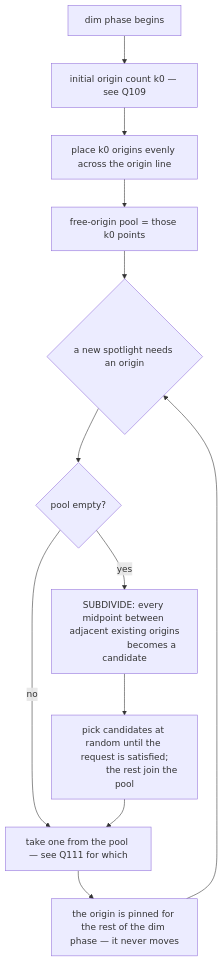
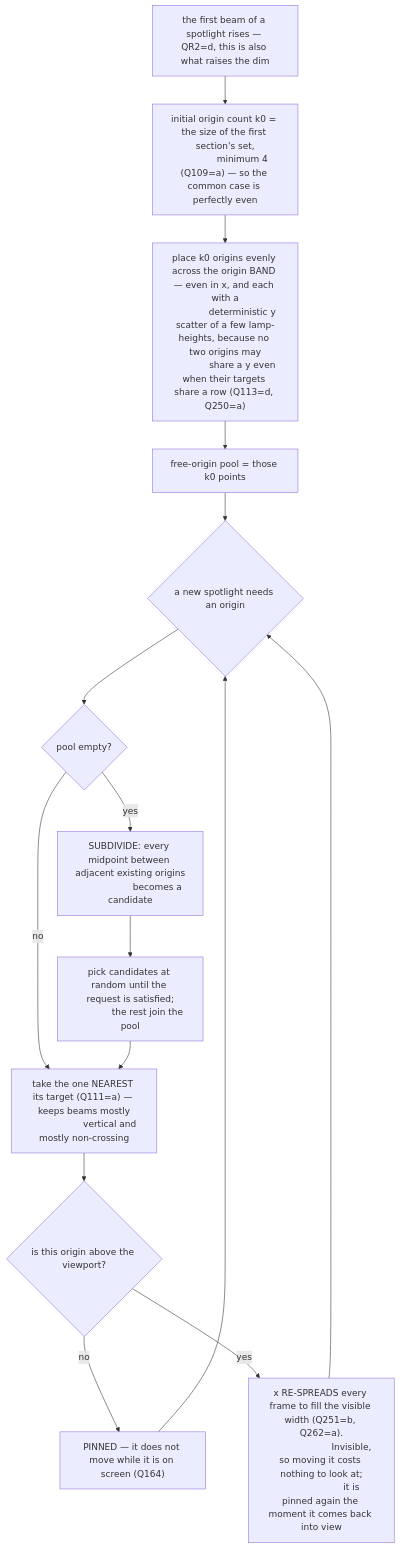
Before and after one commit to ucsdRgross/gamedev: the tenth of 19 diagrams in solatro/design/spotlight/DESIGN.md, drawn with Mermaid. The commit also changed other lines of this file and 25 other files, not shown here.

````diff
--- a/solatro/design/spotlight/DESIGN.md
+++ b/solatro/design/spotlight/DESIGN.md
@@ -724,16 +1055,25 @@
 ```mermaid
 flowchart TD
-  I1["dim phase begins"] --> I2["initial origin count k0 — see Q109"]
-  I2 --> I3["place k0 origins evenly across the origin line"]
+  I1["the first beam of a spotlight rises — QR2=d, this is also what raises the dim"] --> I2["initial origin count k0 = the size of the first section's set,
+             minimum 4 (Q109=a) — so the common case is perfectly even"]
+  I2 --> I3["place k0 origins evenly across the origin BAND — even in x, and each with a
+             deterministic y scatter of a few lamp-heights, because no two origins may
+             share a y even when their targets share a row (Q113=d, Q250=a)"]
   I3 --> I4["free-origin pool = those k0 points"]
   I4 --> I5{"a new spotlight needs an origin"}
   I5 --> I6{"pool empty?"}
-  I6 -- no --> I7["take one from the pool — see Q111 for which"]
+  I6 -- no --> I7["take the one NEAREST its target (Q111=a) — keeps beams mostly
+                   vertical and mostly non-crossing"]
   I6 -- yes --> I8["SUBDIVIDE: every midpoint between adjacent existing origins
                     becomes a candidate"]
   I8 --> I9["pick candidates at random until the request is satisfied;
              the rest join the pool"]
   I9 --> I7
-  I7 --> I10["the origin is pinned for the rest of the dim phase — it never moves"]
-  I10 --> I5
+  I7 --> I10{"is this origin above the viewport?"}
+  I10 -- no --> I11["PINNED — it does not move while it is on screen (Q164)"]
+  I10 -- yes --> I12["x RE-SPREADS every frame to fill the visible width (Q251=b, Q262=a).
+                      Invisible, so moving it costs nothing to look at;
+                      it is pinned again the moment it comes back into view"]
+  I11 --> I5
+  I12 --> I5
 ```
````
